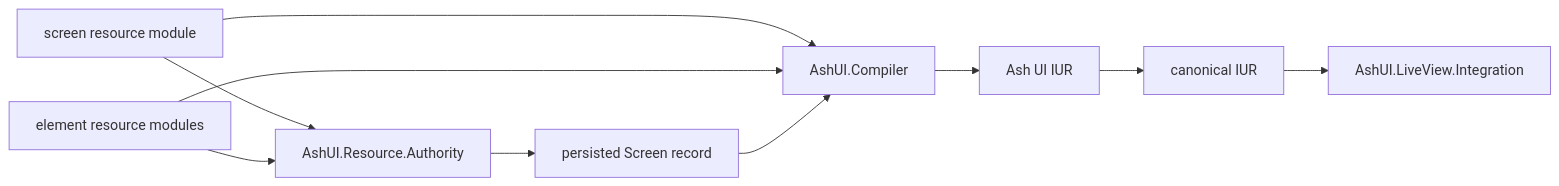
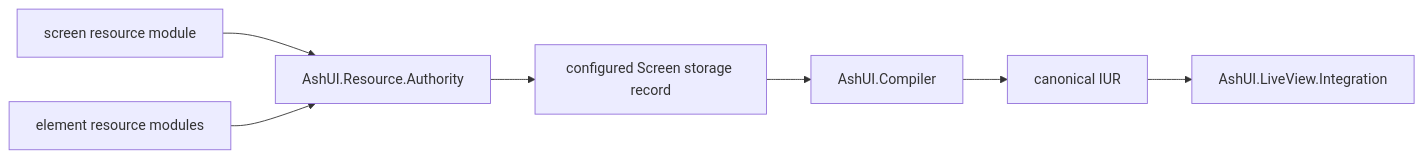
The diagram in guides/user/UG-0001-getting-started.md (The-Metagraph/ash_ui), drawn with Mermaid before and after one commit. The commit also changed other lines of this file and 45 other files, not shown here.

````diff
--- a/guides/user/UG-0001-getting-started.md
+++ b/guides/user/UG-0001-getting-started.md
@@ -41,21 +41,17 @@
 ```mermaid
 flowchart LR
     Screen["screen resource module"]
     Elements["element resource modules"]
     Authority["AshUI.Resource.Authority"]
-    Persisted["persisted Screen record"]
+    Persisted["configured Screen storage record"]
     Compiler["AshUI.Compiler"]
-    IUR["Ash UI IUR"]
     Canonical["canonical IUR"]
-    Runtime["AshUI.LiveView.Integration"]
+    LiveView["AshUI.LiveView.Integration"]
 
     Screen --> Authority
     Elements --> Authority
     Authority --> Persisted
-    Screen --> Compiler
-    Elements --> Compiler
     Persisted --> Compiler
-    Compiler --> IUR
-    IUR --> Canonical
-    Canonical --> Runtime
+    Compiler --> Canonical
+    Canonical --> LiveView
 ```
````
